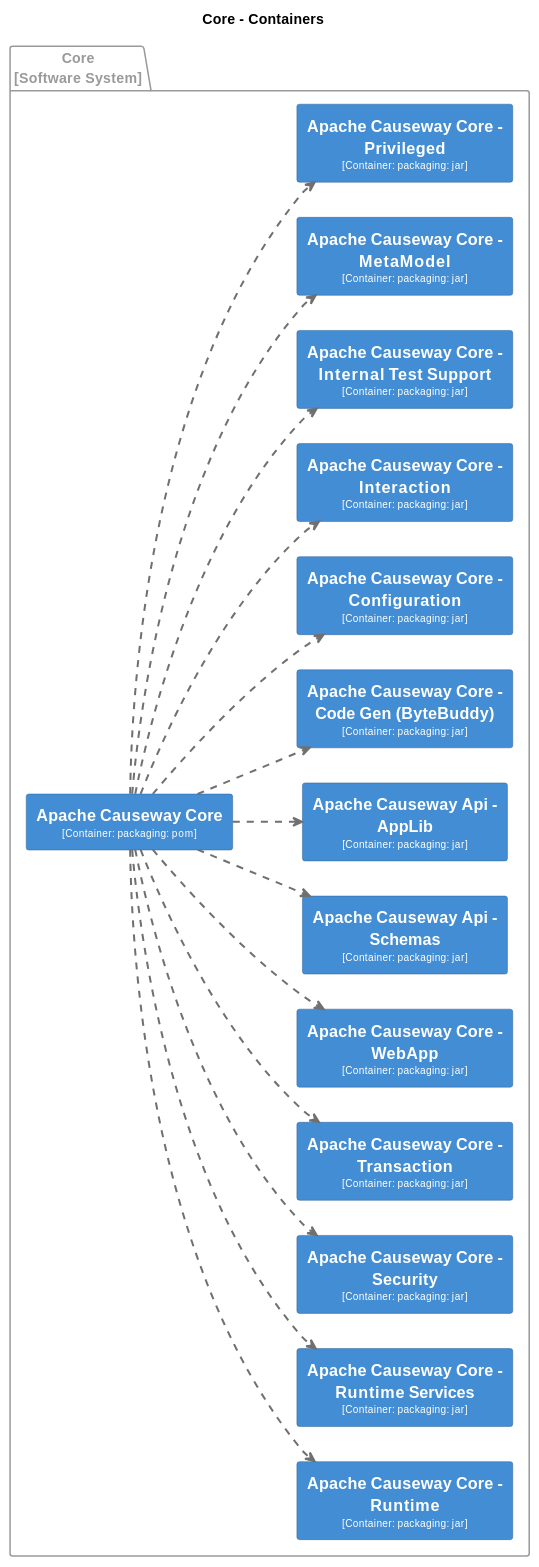
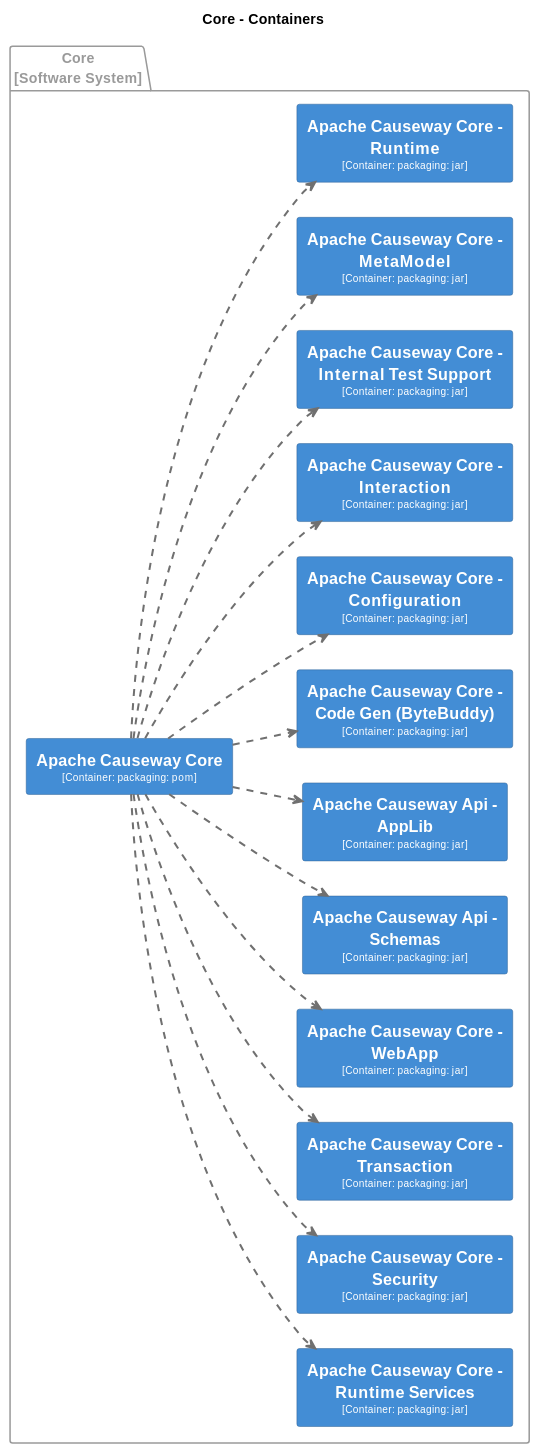
One commit to apache/causeway changed the seventh of 31 diagrams in core/adoc/modules/_overview/pages/about.adoc. Above: the diagram before and after it, drawn with PlantUML. The commit also changed other lines of this file and 9 other files, not shown here.

Commit message:
CAUSEWAY-3304: purge the 'privileged' artifact

```diff
--- a/core/adoc/modules/_overview/pages/about.adoc
+++ b/core/adoc/modules/_overview/pages/about.adoc
@@ -1430,11 +1429,6 @@
   FontColor #fffffe
   BorderColor #2e6295
 }
-skinparam rectangle<<Core.ApacheCausewayCorePrivileged>> {
-  BackgroundColor #438dd5
-  FontColor #fffffe
-  BorderColor #2e6295
-}
 skinparam rectangle<<Core.ApacheCausewayCoreRuntime>> {
   BackgroundColor #438dd5
   FontColor #fffffe
@@ -1465,7 +1459,6 @@
   skinparam PackageBorderColor<<Core>> #9a9a9a
   skinparam PackageFontColor<<Core>> #9a9a9a
 
-  rectangle "==Apache Causeway Core - Runtime\n<size:10>[Container: packaging: jar]</size>" <<Core.ApacheCausewayCoreRuntime>> as Core.ApacheCausewayCoreRuntime
   rectangle "==Apache Causeway Core - Runtime Services\n<size:10>[Container: packaging: jar]</size>" <<Core.ApacheCausewayCoreRuntimeServices>> as Core.ApacheCausewayCoreRuntimeServices
   rectangle "==Apache Causeway Core - Security\n<size:10>[Container: packaging: jar]</size>" <<Core.ApacheCausewayCoreSecurity>> as Core.ApacheCausewayCoreSecurity
   rectangle "==Apache Causeway Core - Transaction\n<size:10>[Container: packaging: jar]</size>" <<Core.ApacheCausewayCoreTransaction>> as Core.ApacheCausewayCoreTransaction
@@ -1478,7 +1471,7 @@
   rectangle "==Apache Causeway Core - Interaction\n<size:10>[Container: packaging: jar]</size>" <<Core.ApacheCausewayCoreInteraction>> as Core.ApacheCausewayCoreInteraction
   rectangle "==Apache Causeway Core - Internal Test Support\n<size:10>[Container: packaging: jar]</size>" <<Core.ApacheCausewayCoreInternalTestSupport>> as Core.ApacheCausewayCoreInternalTestSupport
   rectangle "==Apache Causeway Core - MetaModel\n<size:10>[Container: packaging: jar]</size>" <<Core.ApacheCausewayCoreMetaModel>> as Core.ApacheCausewayCoreMetaModel
-  rectangle "==Apache Causeway Core - Privileged\n<size:10>[Container: packaging: jar]</size>" <<Core.ApacheCausewayCorePrivileged>> as Core.ApacheCausewayCorePrivileged
+  rectangle "==Apache Causeway Core - Runtime\n<size:10>[Container: packaging: jar]</size>" <<Core.ApacheCausewayCoreRuntime>> as Core.ApacheCausewayCoreRuntime
 }
 
 Core.ApacheCausewayCore .[#707070,thickness=2].> Core.ApacheCausewayApiAppLib : "<color:#707070>"
@@ -1487,7 +1480,6 @@
 Core.ApacheCausewayCore .[#707070,thickness=2].> Core.ApacheCausewayCoreInteraction : "<color:#707070>"
 Core.ApacheCausewayCore .[#707070,thickness=2].> Core.ApacheCausewayCoreInternalTestSupport : "<color:#707070>"
 Core.ApacheCausewayCore .[#707070,thickness=2].> Core.ApacheCausewayCoreMetaModel : "<color:#707070>"
-Core.ApacheCausewayCore .[#707070,thickness=2].> Core.ApacheCausewayCorePrivileged : "<color:#707070>"
 Core.ApacheCausewayCore .[#707070,thickness=2].> Core.ApacheCausewayCoreRuntime : "<color:#707070>"
 Core.ApacheCausewayCore .[#707070,thickness=2].> Core.ApacheCausewayCoreRuntimeServices : "<color:#707070>"
 Core.ApacheCausewayCore .[#707070,thickness=2].> Core.ApacheCausewayCoreSecurity : "<color:#707070>"
```
